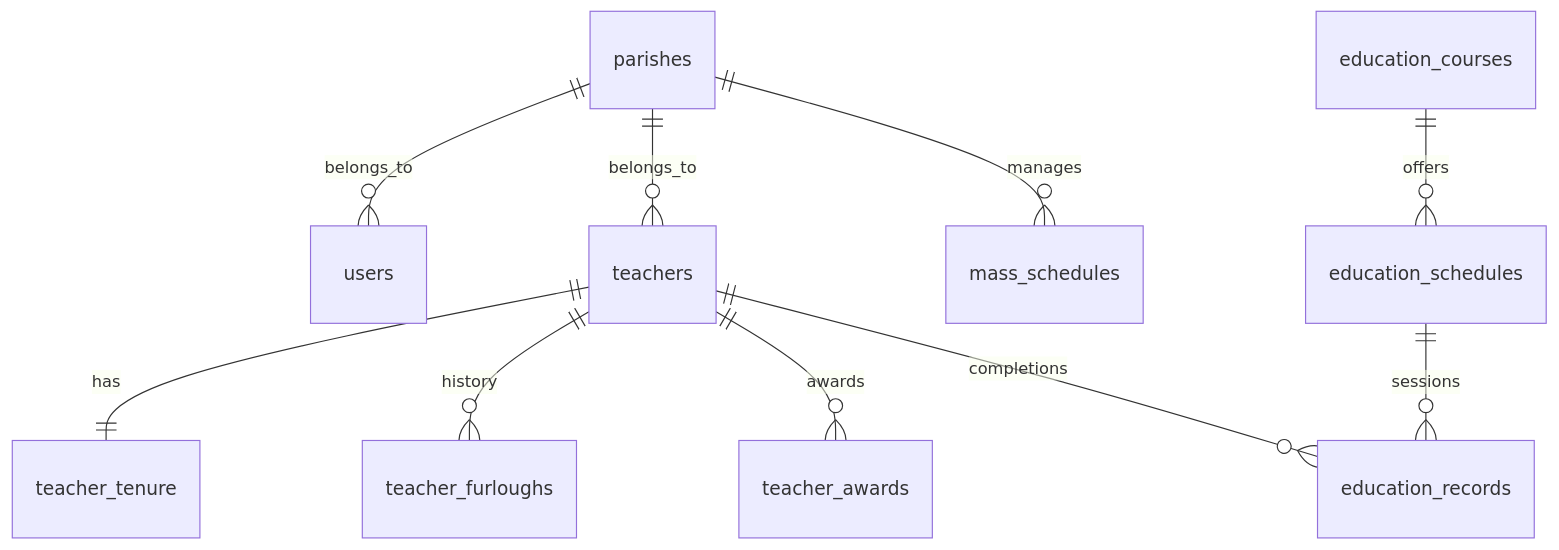
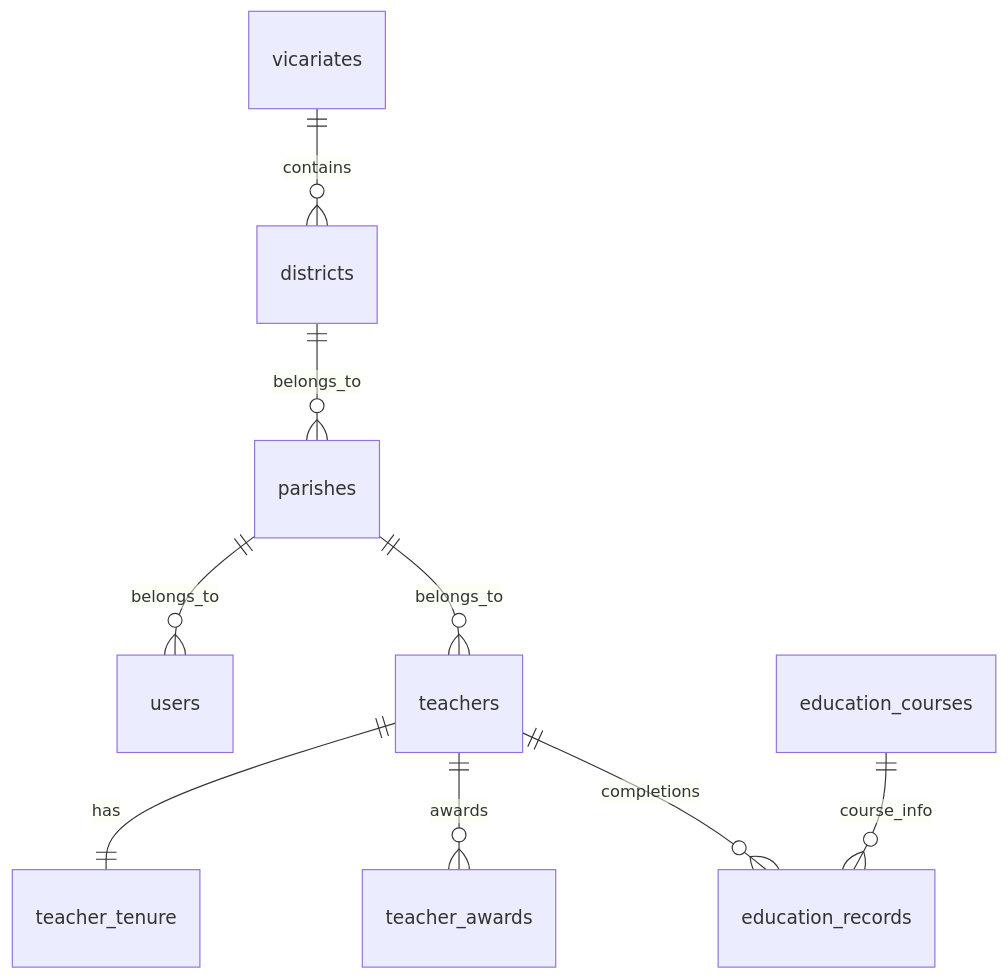
Before and after one commit to wlstjrl3/ctms: the diagram in new_db_schema.md, drawn with Mermaid. The commit also changed other lines of this file and 15 other files, not shown here.

````diff
--- a/new_db_schema.md
+++ b/new_db_schema.md
@@ -7,14 +7,13 @@
 ```mermaid
 erDiagram
+    vicariates ||--o{ districts : "contains"
+    districts ||--o{ parishes : "belongs_to"
     parishes ||--o{ users : "belongs_to"
     parishes ||--o{ teachers : "belongs_to"
-    parishes ||--o{ mass_schedules : "manages"
     
     teachers ||--|| teacher_tenure : "has"
-    teachers ||--o{ teacher_furloughs : "history"
     teachers ||--o{ teacher_awards : "awards"
     teachers ||--o{ education_records : "completions"
     
-    education_courses ||--o{ education_schedules : "offers"
-    education_schedules ||--o{ education_records : "sessions"
+    education_courses ||--o{ education_records : "course_info"
 ```
````
